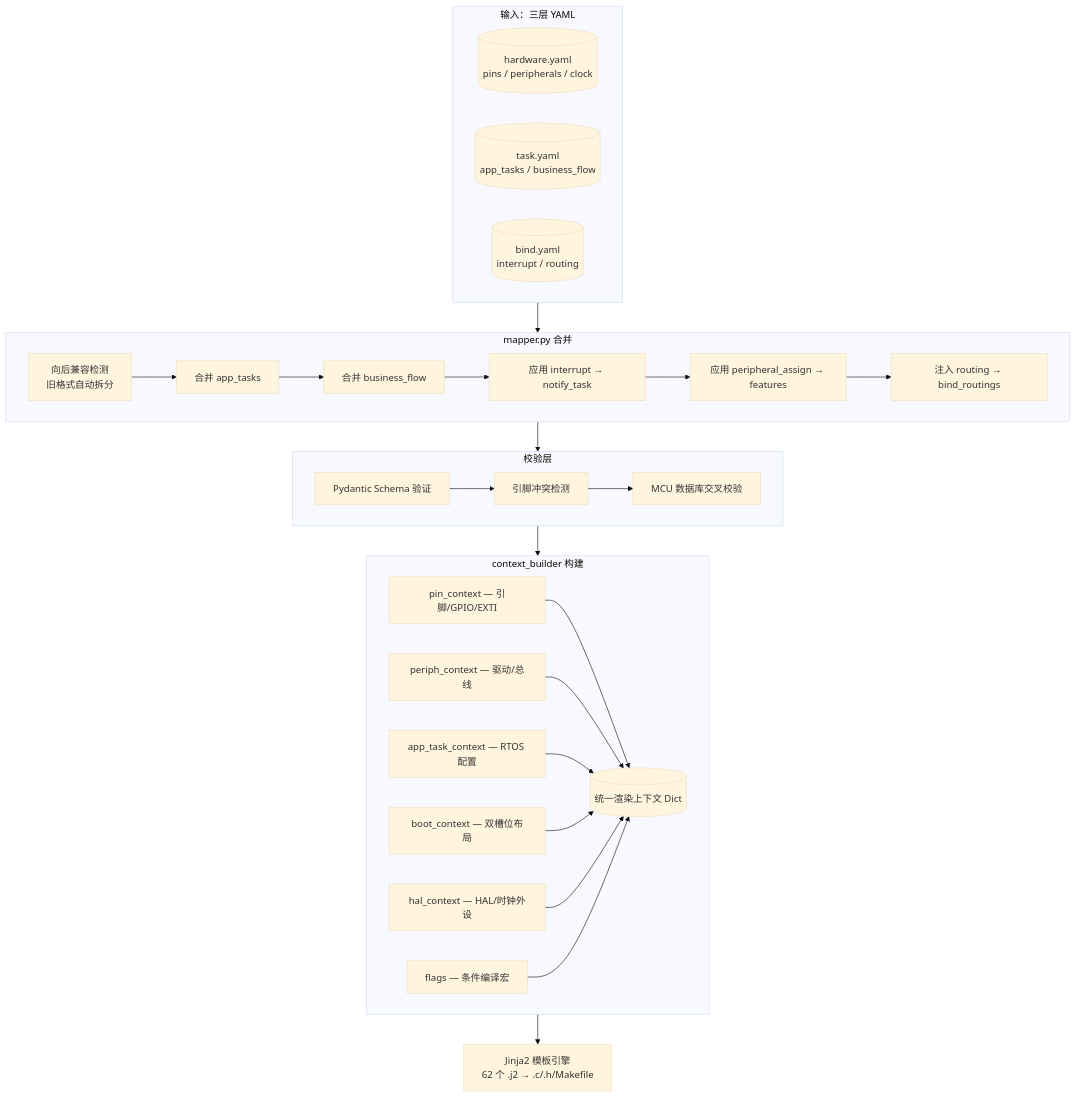
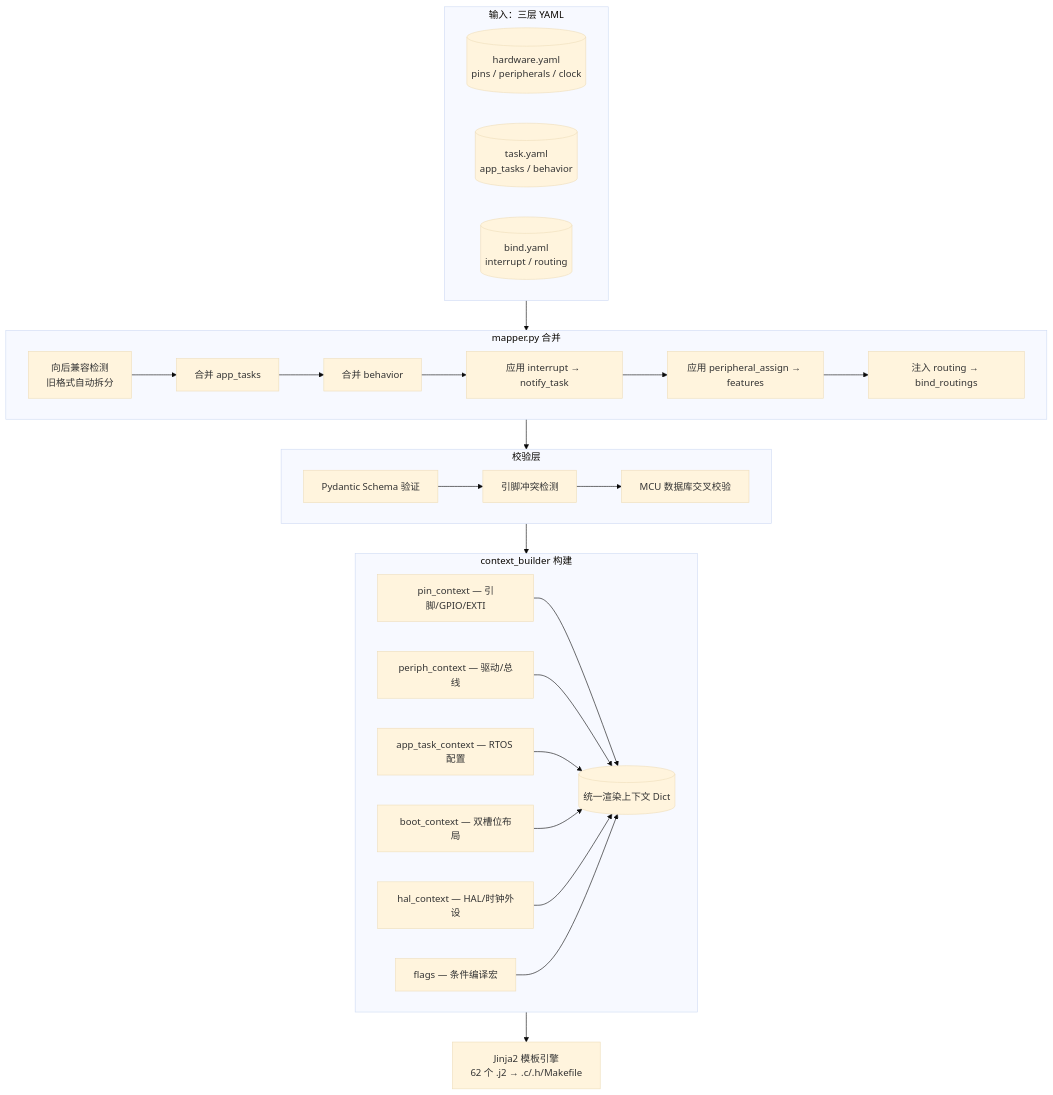
Before and after one commit to jinliangliu/Hardware2Code: the third of 3 diagrams in README.md, drawn with Mermaid (base theme). The commit also changed other lines of this file and 44 other files, not shown here.

First line of the commit message:
refactor: rename business_flow to behavior across all layers

````diff
--- a/README.md
+++ b/README.md
@@ -103,35 +103,35 @@
 ```mermaid
 flowchart TB
     subgraph Inputs["输入：三层 YAML"]
         HW[("hardware.yaml<br>pins / peripherals / clock")]
-        TASK[("task.yaml<br>app_tasks / business_flow")]
+        TASK[("task.yaml<br>app_tasks / behavior")]
         B[("bind.yaml<br>interrupt / routing")]
     end
 
     subgraph Merge["mapper.py 合并"]
         M1["向后兼容检测<br>旧格式自动拆分"] --> M2["合并 app_tasks"]
-        M2 --> M3["合并 business_flow"]
+        M2 --> M3["合并 behavior"]
         M3 --> M4["应用 interrupt → notify_task"]
         M4 --> M5["应用 peripheral_assign → features"]
         M5 --> M6["注入 routing → bind_routings"]
     end
 
     subgraph Validate["校验层"]
         V1["Pydantic Schema 验证"] --> V2["引脚冲突检测"]
         V2 --> V3["MCU 数据库交叉校验"]
     end
 
     subgraph Context["context_builder 构建"]
         CB1["pin_context — 引脚/GPIO/EXTI"] --> CB
         CB2["periph_context — 驱动/总线"] --> CB
         CB3["app_task_context — RTOS 配置"] --> CB
         CB4["boot_context — 双槽位布局"] --> CB
         CB5["hal_context — HAL/时钟外设"] --> CB
         CB6["flags — 条件编译宏"] --> CB
         CB[("统一渲染上下文 Dict")]
     end
 
     Inputs --> Merge --> Validate --> Context
 
     Context --> J2["Jinja2 模板引擎<br>62 个 .j2 → .c/.h/Makefile"]
 ```
````
